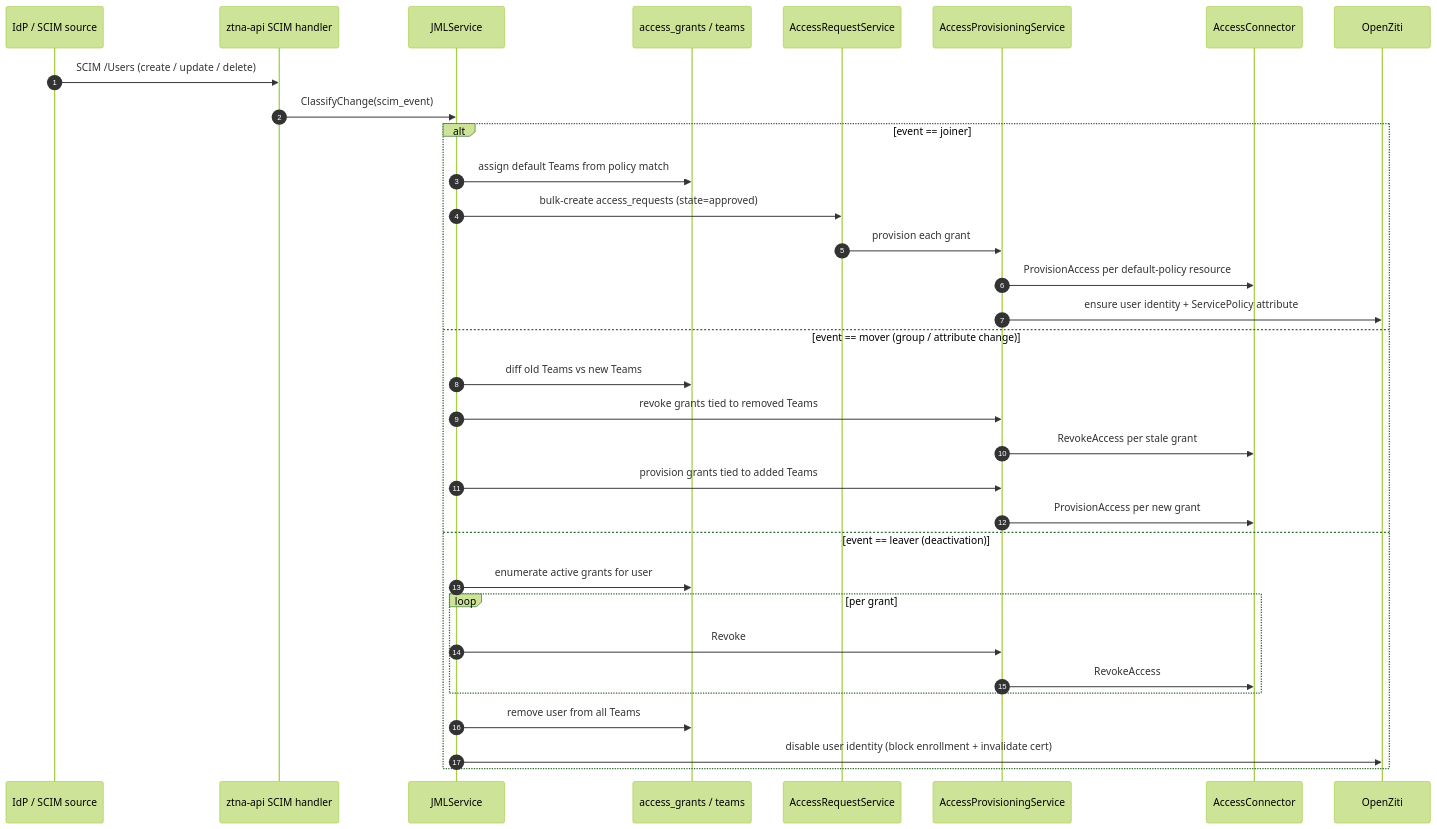
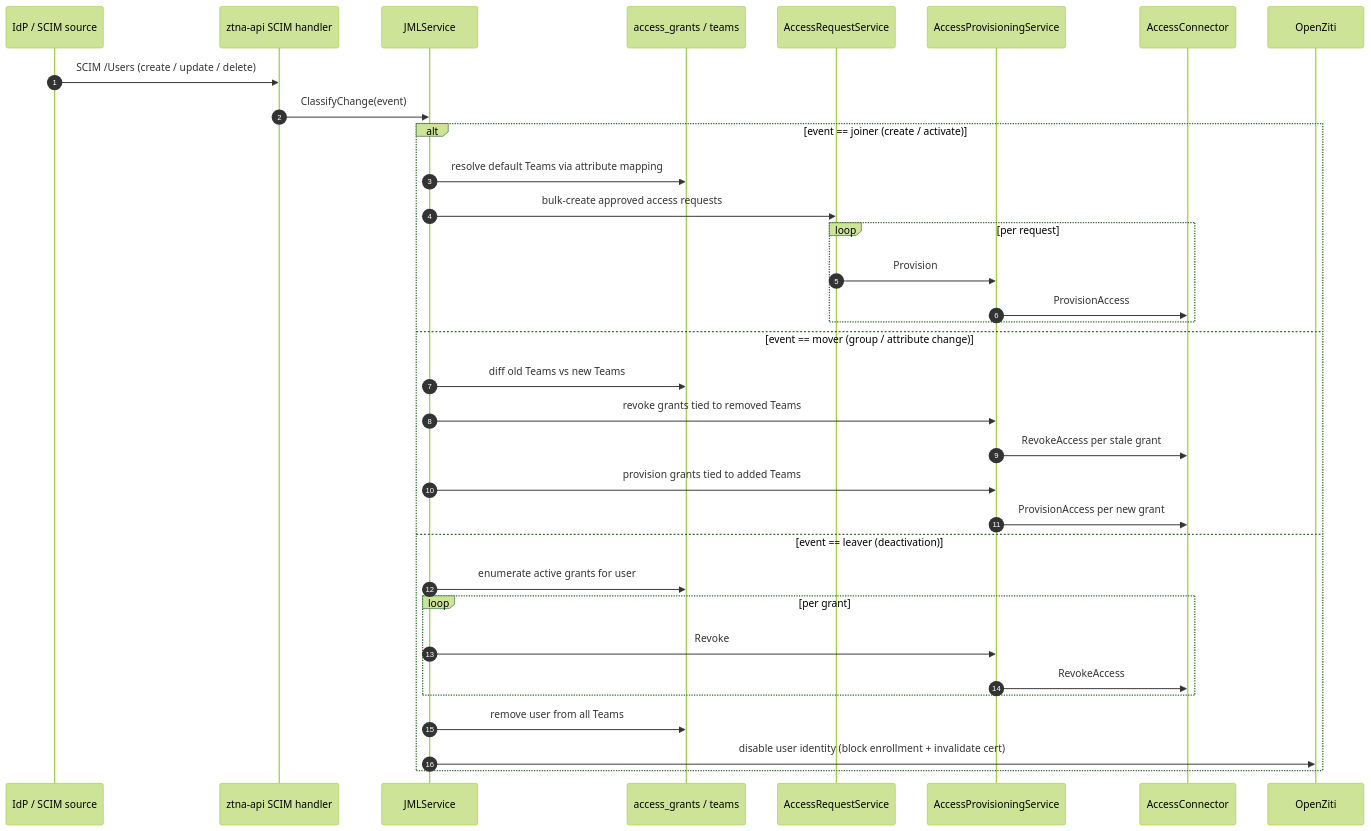
One commit to kennguy3n/cautious-fishstick changed the seventh of 9 diagrams in docs/ARCHITECTURE.md. Above: the diagram before and after it, drawn with Mermaid (forest theme). The commit also changed other lines of this file and 5 other files, not shown here.

````diff
--- a/docs/ARCHITECTURE.md
+++ b/docs/ARCHITECTURE.md
@@ -679,36 +392,37 @@
 ```mermaid
 sequenceDiagram
     autonumber
     participant IDP as IdP / SCIM source
     participant API as ztna-api SCIM handler
     participant JML as JMLService
     participant DB as access_grants / teams
     participant ARS as AccessRequestService
     participant APS as AccessProvisioningService
     participant CON as AccessConnector
     participant OZ as OpenZiti
 
     IDP->>API: SCIM /Users (create / update / delete)
-    API->>JML: ClassifyChange(scim_event)
-    alt event == joiner
-        JML->>DB: assign default Teams from policy match
-        JML->>ARS: bulk-create access_requests (state=approved)
-        ARS->>APS: provision each grant
-        APS->>CON: ProvisionAccess per default-policy resource
-        APS->>OZ: ensure user identity + ServicePolicy attribute
+    API->>JML: ClassifyChange(event)
+    alt event == joiner (create / activate)
+        JML->>DB: resolve default Teams via attribute mapping
+        JML->>ARS: bulk-create approved access requests
+        loop per request
+            ARS->>APS: Provision
+            APS->>CON: ProvisionAccess
+        end
     else event == mover (group / attribute change)
         JML->>DB: diff old Teams vs new Teams
         JML->>APS: revoke grants tied to removed Teams
         APS->>CON: RevokeAccess per stale grant
         JML->>APS: provision grants tied to added Teams
         APS->>CON: ProvisionAccess per new grant
     else event == leaver (deactivation)
         JML->>DB: enumerate active grants for user
         loop per grant
             JML->>APS: Revoke
             APS->>CON: RevokeAccess
         end
         JML->>DB: remove user from all Teams
         JML->>OZ: disable user identity (block enrollment + invalidate cert)
     end
 ```
````
